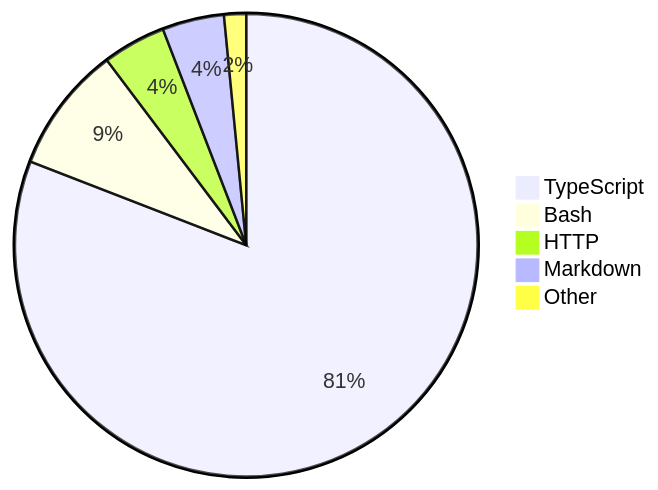
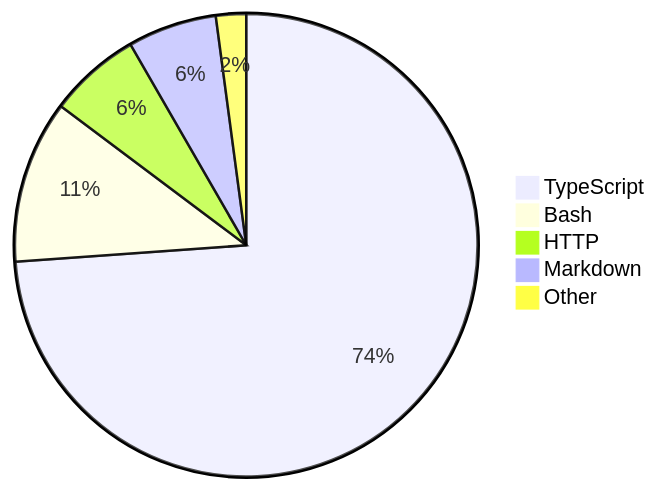
One commit to skvggor/skvggor changed the diagram in README.md. Above: the diagram before and after it, drawn with Mermaid.

Commit message:
Updated waka-readme graph with new metrics

````diff
--- a/README.md
+++ b/README.md
@@ -16,8 +16,8 @@
 ```mermaid
 pie
-    "TypeScript" : 78.7
-    "Bash" : 8.6
-    "HTTP" : 4.3
-    "Markdown" : 4.2
-    "Other" : 1.5
+    "TypeScript" : 70.1
+    "Bash" : 10.8
+    "HTTP" : 6.1
+    "Markdown" : 5.9
+    "Other" : 2.0
 ```
````
